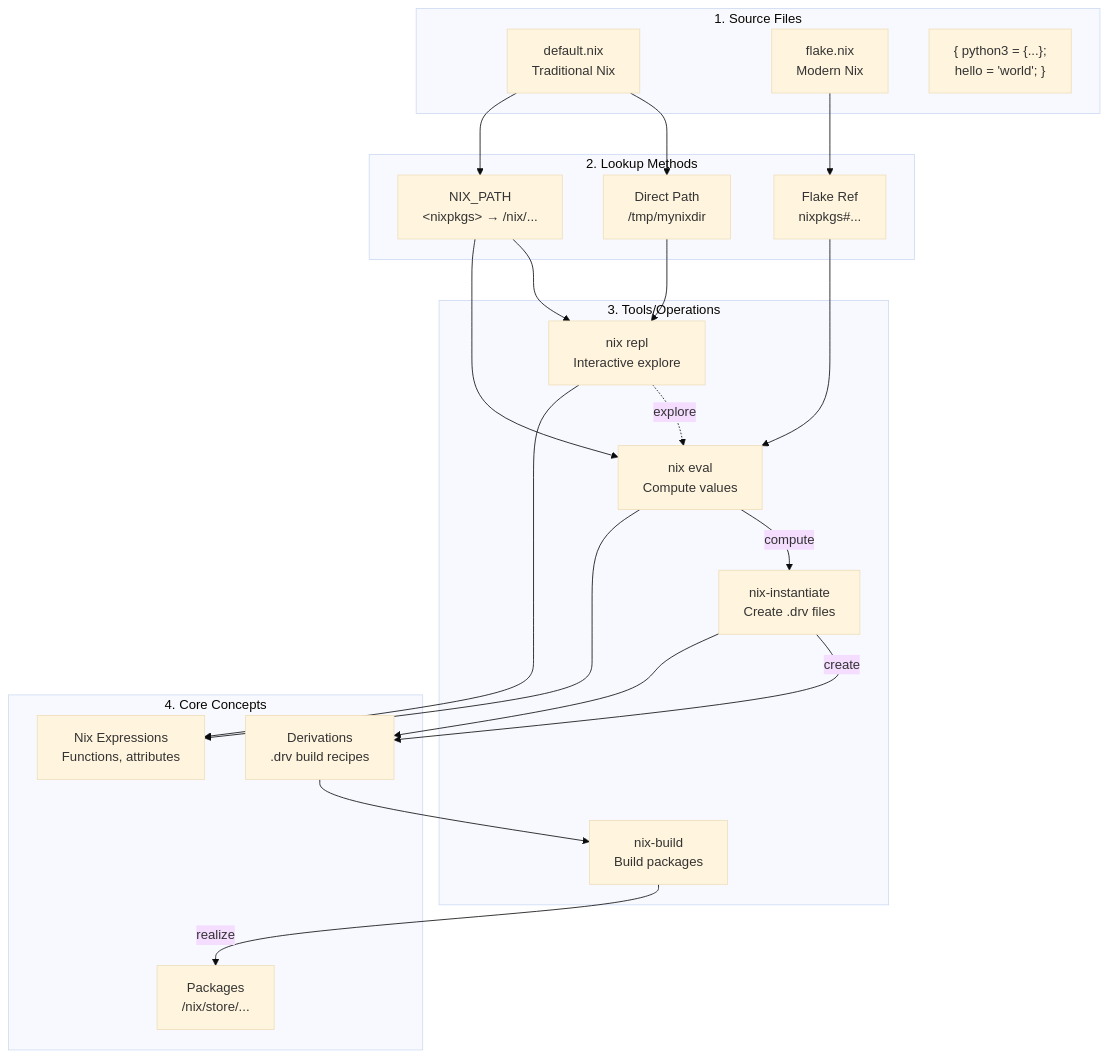
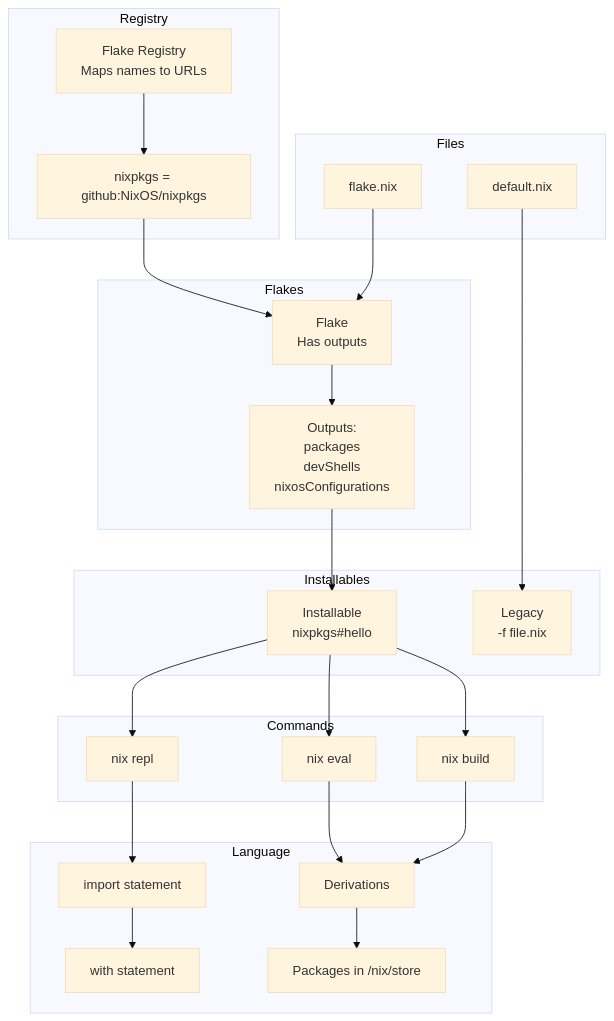
Before and after one commit to joeledwardson/dev-setup: the diagram in README.md, drawn with Mermaid (base theme). The commit also changed other lines of this file and 1 other file, not shown here.

````diff
--- a/README.md
+++ b/README.md
@@ -104,46 +246,55 @@
 ```mermaid
 flowchart TD
-    subgraph "1. Source Files"
-        DEFAULT[default.nix<br/>Traditional Nix]
-        FLAKE[flake.nix<br/>Modern Nix]
-        CONTENT["{ python3 = {...};<br/>  hello = 'world'; }"]
+    subgraph Files
+        FLAKE_NIX[flake.nix]
+        DEFAULT_NIX[default.nix]
     end
     
-    subgraph "2. Lookup Methods"
-        DIRECT[Direct Path<br/>/tmp/mynixdir]
-        NIXPATH["NIX_PATH<br/>&lt;nixpkgs&gt; → /nix/..."]
-        FLAKEREF[Flake Ref<br/>nixpkgs#...]
+    subgraph Registry
+        REG[Flake Registry<br/>Maps names to URLs]
+        NIXPKGS_REG[nixpkgs = github:NixOS/nixpkgs]
     end
     
-    subgraph "3. Tools/Operations"
-        REPL[nix repl<br/>Interactive explore]
-        EVAL[nix eval<br/>Compute values]
-        INST[nix-instantiate<br/>Create .drv files]
-        BUILD[nix-build<br/>Build packages]
+    subgraph Flakes
+        FLAKE[Flake<br/>Has outputs]
+        OUTPUTS[Outputs:<br/>packages<br/>devShells<br/>nixosConfigurations]
     end
     
-    subgraph "4. Core Concepts"
-        EXPR[Nix Expressions<br/>Functions, attributes]
-        DERIV[Derivations<br/>.drv build recipes]
-        PKG[Packages<br/>/nix/store/...]
+    subgraph Installables
+        INST[Installable<br/>nixpkgs#hello]
+        LEGACY[Legacy<br/>-f file.nix]
     end
     
-    DEFAULT --> DIRECT
-    DEFAULT --> NIXPATH
-    FLAKE --> FLAKEREF
+    subgraph Commands
+        REPL[nix repl]
+        EVAL[nix eval]
+        BUILD[nix build]
+    end
     
-    DIRECT --> REPL
-    NIXPATH --> REPL
-    NIXPATH --> EVAL
-    FLAKEREF --> EVAL
+    subgraph Language
+        IMPORT[import statement]
+        WITH[with statement]
+        DERIV[Derivations]
+        PKG[Packages in /nix/store]
+    end
     
-    REPL -.explore.-> EVAL
-    EVAL --compute--> INST
-    INST --create--> DERIV
-    DERIV --> BUILD
-    BUILD --realize--> PKG
+    FLAKE_NIX --> FLAKE
+    DEFAULT_NIX --> LEGACY
     
-    REPL --> EXPR
-    EVAL --> EXPR
-    INST --> DERIV
+    REG --> NIXPKGS_REG
+    NIXPKGS_REG --> FLAKE
+    
+    FLAKE --> OUTPUTS
+    OUTPUTS --> INST
+    
+    INST --> REPL
+    INST --> EVAL
+    INST --> BUILD
+    
+    REPL --> IMPORT
+    IMPORT --> WITH
+    
+    EVAL --> DERIV
+    BUILD --> DERIV
+    DERIV --> PKG
 ```
````
